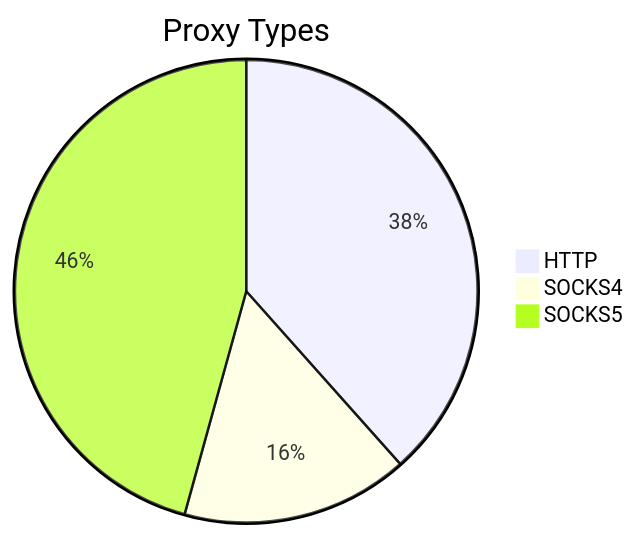
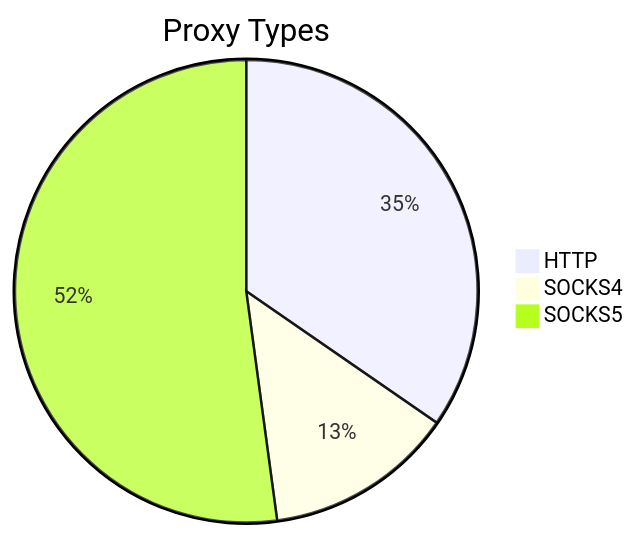
Before and after one commit to stormsia/proxy-list: the first of 2 diagrams in README.md, drawn with Mermaid. The commit also changed other lines of this file, not shown here.

````diff
--- a/README.md
+++ b/README.md
@@ -21,6 +21,6 @@
 ```mermaid
 pie title Proxy Types
-    "HTTP" : 179
-    "SOCKS4" : 74
-    "SOCKS5" : 213
+    "HTTP" : 81
+    "SOCKS4" : 31
+    "SOCKS5" : 122
 ```
````
